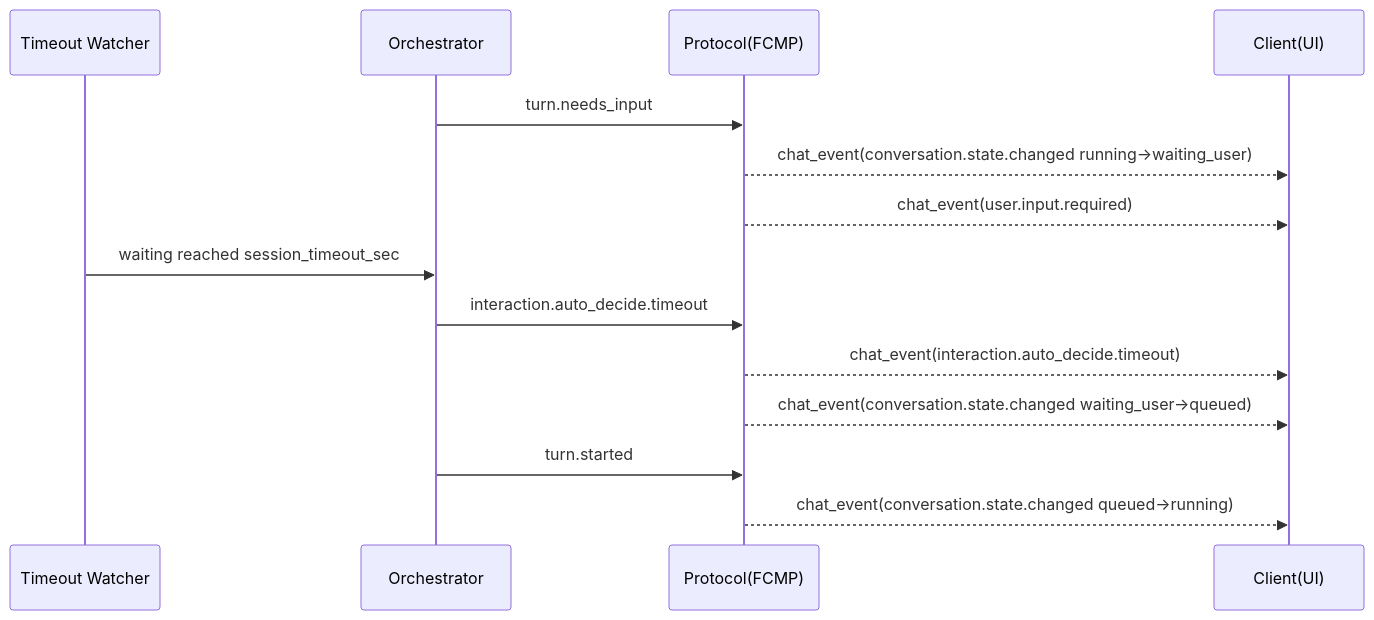
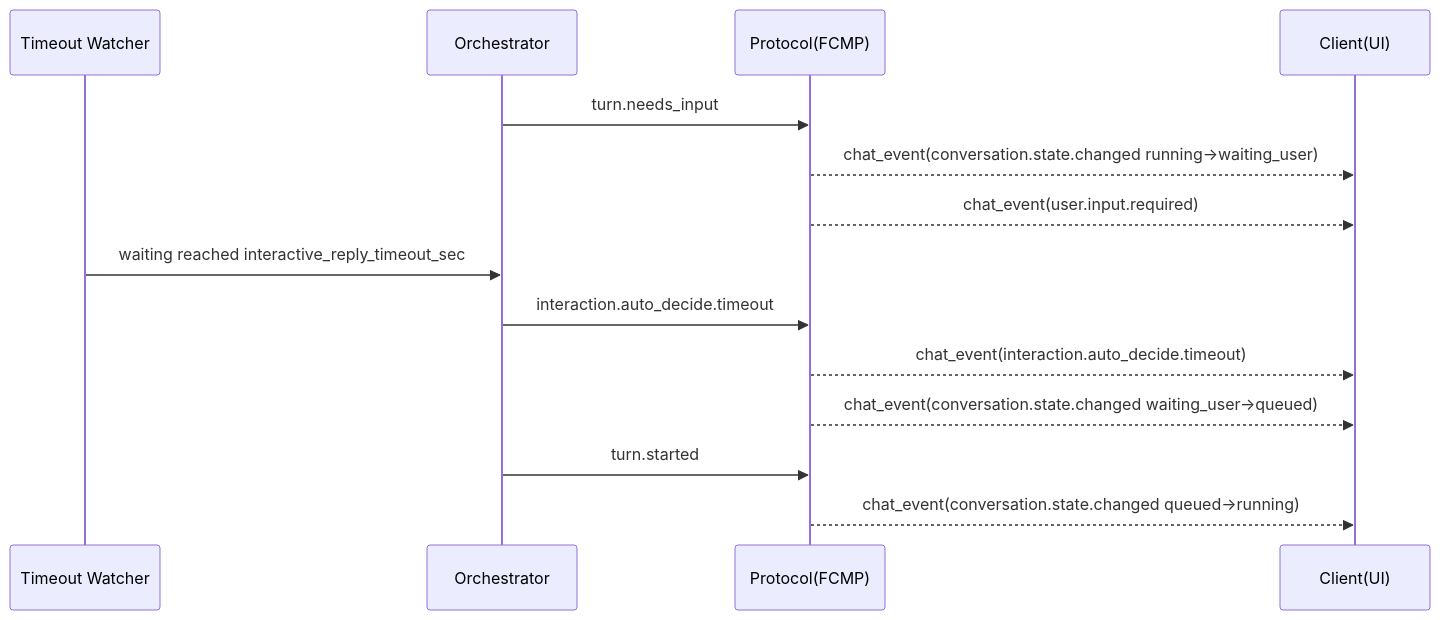
Before and after one commit to leike0813/Skill-Runner: the third of 4 diagrams in docs/session_event_flow_sequence_fcmp.md, drawn with Mermaid. The commit also changed 306 other files, not shown here.

````diff
--- a/docs/session_event_flow_sequence_fcmp.md
+++ b/docs/session_event_flow_sequence_fcmp.md
@@ -67,19 +67,19 @@
 ```mermaid
 sequenceDiagram
     participant Timer as Timeout Watcher
     participant O as Orchestrator
     participant P as Protocol(FCMP)
     participant C as Client(UI)
 
     O->>P: turn.needs_input
     P-->>C: chat_event(conversation.state.changed running->waiting_user)
     P-->>C: chat_event(user.input.required)
 
-    Timer->>O: waiting reached session_timeout_sec
+    Timer->>O: waiting reached interactive_reply_timeout_sec
     O->>P: interaction.auto_decide.timeout
     P-->>C: chat_event(interaction.auto_decide.timeout)
     P-->>C: chat_event(conversation.state.changed waiting_user->queued)
 
     O->>P: turn.started
     P-->>C: chat_event(conversation.state.changed queued->running)
 ```
````
